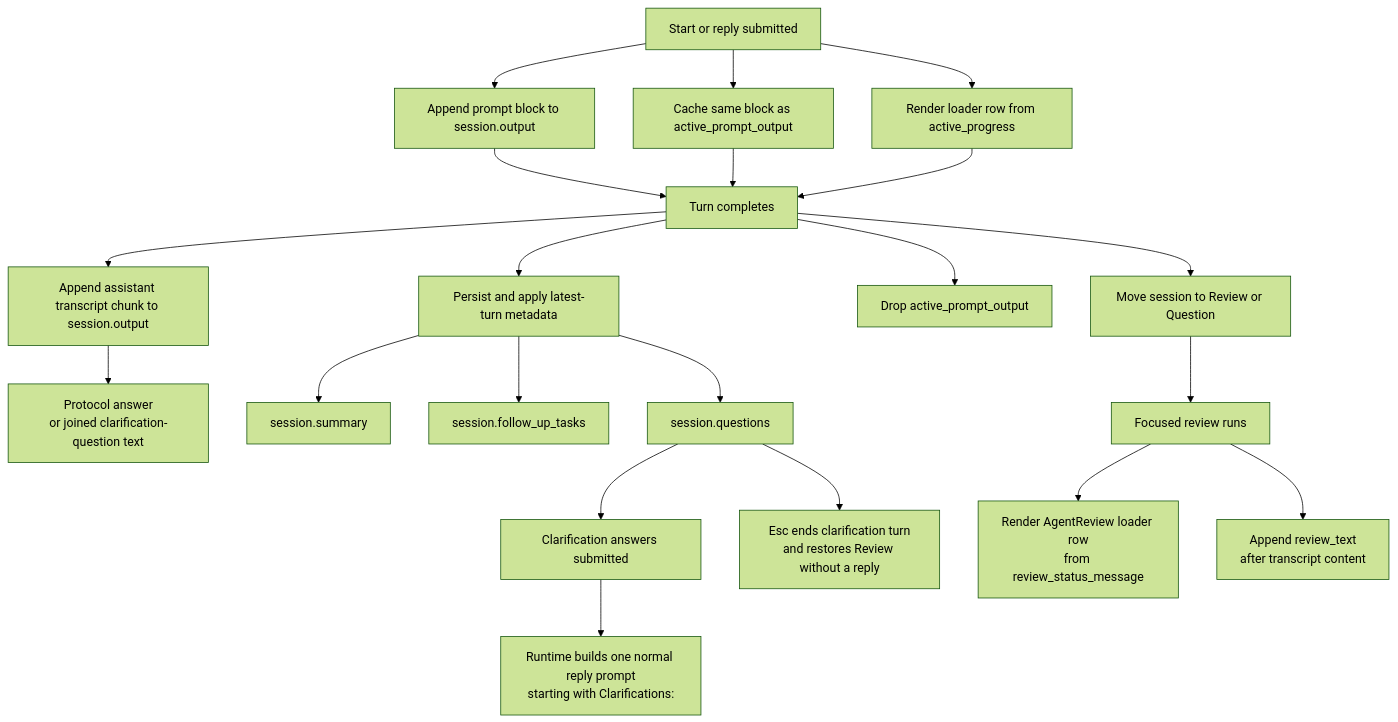
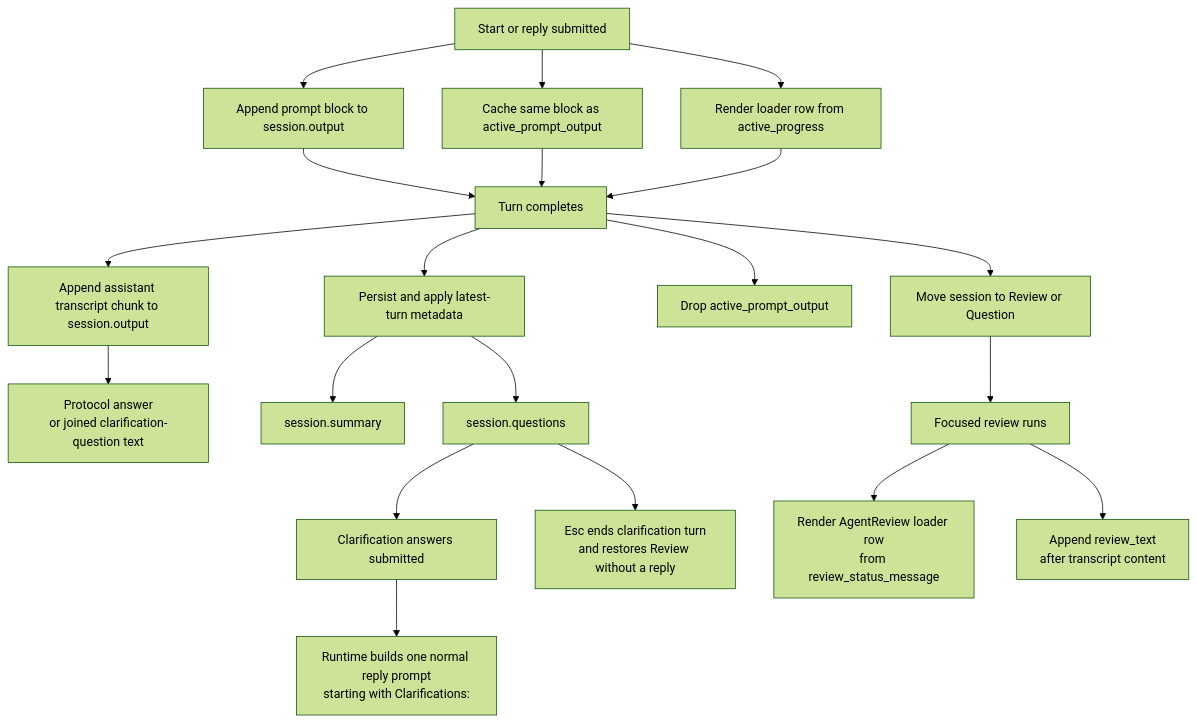
One commit to opencloudtool/agentty changed the third of 4 diagrams in docs/site/content/docs/architecture/runtime-flow.md. Above: the diagram before and after it, drawn with Mermaid (forest theme). The commit also changed other lines of this file and 41 other files, not shown here.

First line of the commit message:
Drop persisted follow-up tasks from session protocol and UI

````diff
--- a/docs/site/content/docs/architecture/runtime-flow.md
+++ b/docs/site/content/docs/architecture/runtime-flow.md
@@ -294,29 +285,28 @@
 ```mermaid
 flowchart TD
   submit["Start or reply submitted"]
   submit --> append_prompt["Append prompt block to session.output"]
   submit --> cache_prompt["Cache same block as active_prompt_output"]
   submit --> progress["Render loader row from active_progress"]
 
   turn_done["Turn completes"]
   append_prompt --> turn_done
   cache_prompt --> turn_done
   progress --> turn_done
 
   turn_done --> answer["Append assistant transcript chunk to session.output"]
   answer --> answer_kind["Protocol answer<br/>or joined clarification-question text"]
   turn_done --> metadata["Persist and apply latest-turn metadata"]
   metadata --> summary_meta["session.summary"]
-  metadata --> task_meta["session.follow_up_tasks"]
   metadata --> question_meta["session.questions"]
   turn_done --> clear_active["Drop active_prompt_output"]
   turn_done --> next_status["Move session to Review or Question"]
 
   next_status --> review_run["Focused review runs"]
   review_run --> review_loader["Render AgentReview loader row<br/>from review_status_message"]
   review_run --> review_text["Append review_text<br/>after transcript content"]
 
   question_meta --> clarifications["Clarification answers submitted"]
   clarifications --> clarification_prompt["Runtime builds one normal reply prompt<br/>starting with Clarifications:"]
   question_meta --> end_turn["Esc ends clarification turn<br/>and restores Review without a reply"]
 ```
````
